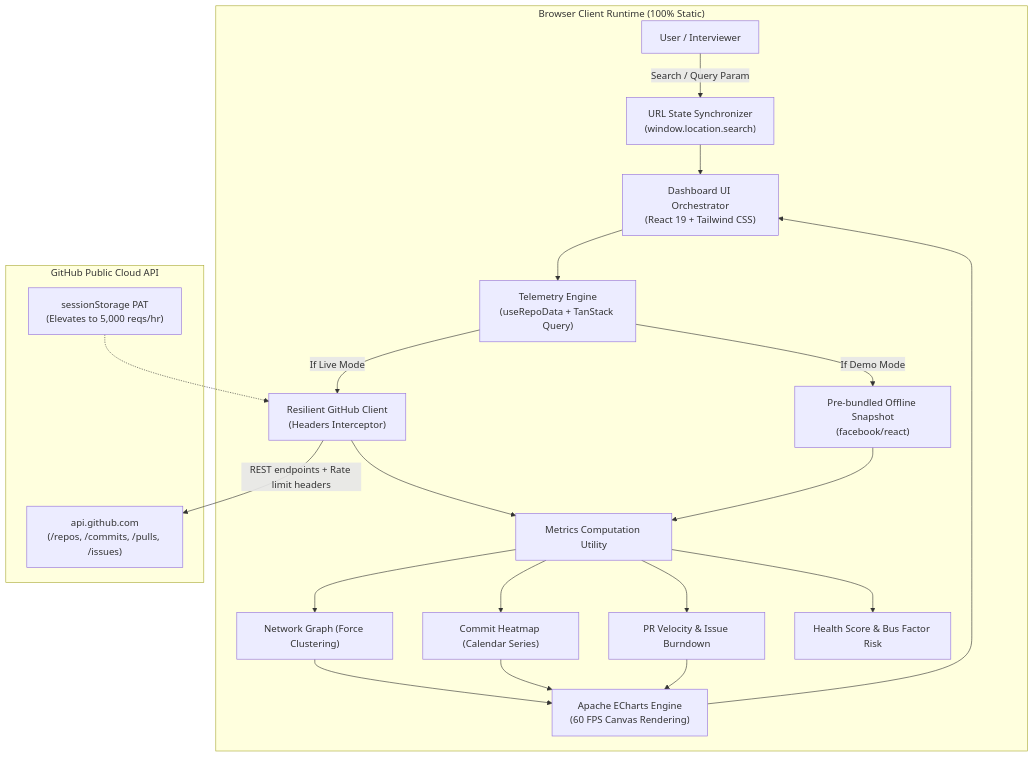
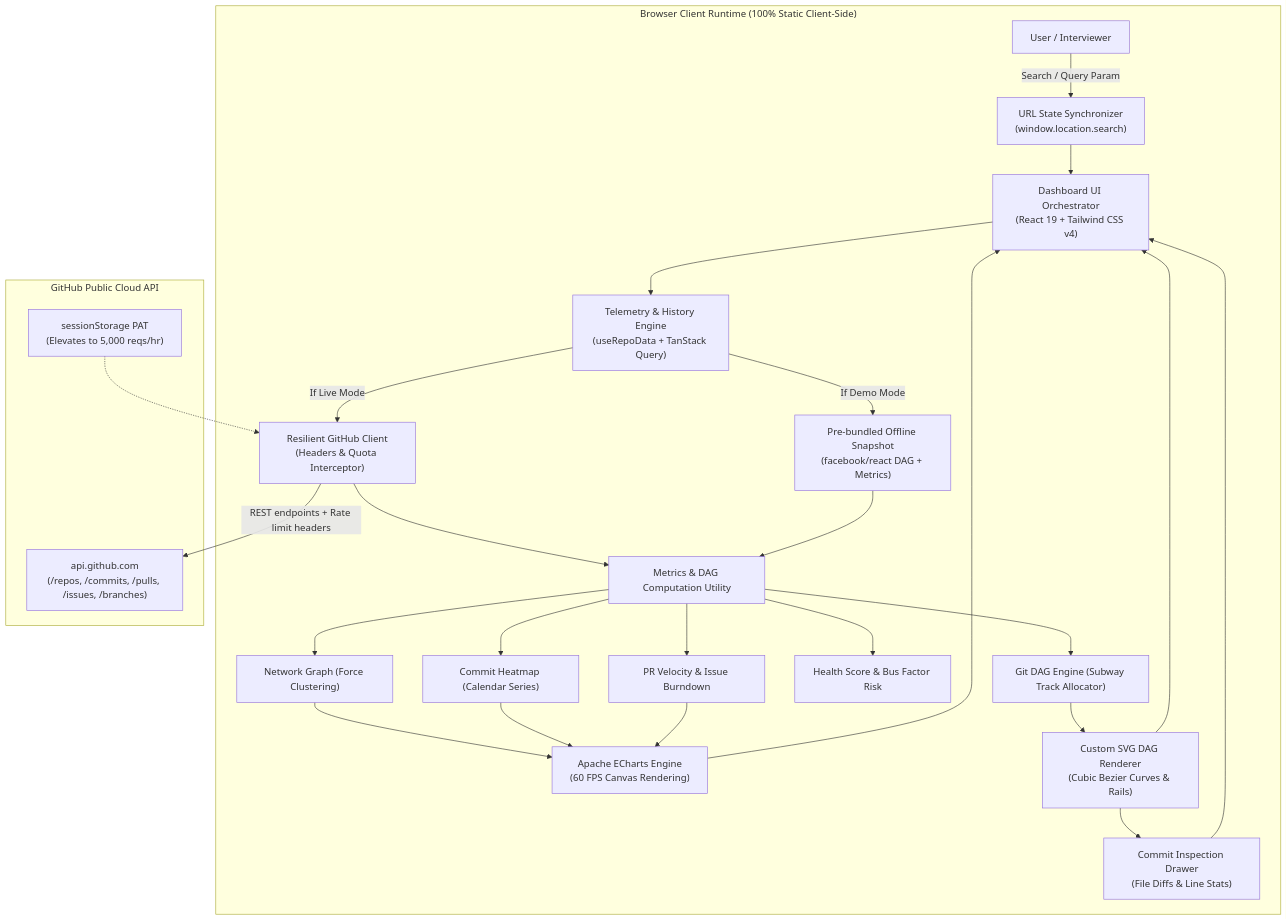
One commit to DonytXz/repo-pulse changed the diagram in README.md. Above: the diagram before and after it, drawn with Mermaid. The commit also changed other lines of this file and 1 other file, not shown here.

Commit message:
docs: expand project scope to include Git DAG commit graph and visual topology

````diff
--- a/README.md
+++ b/README.md
@@ -32,31 +34,37 @@
 ```mermaid
 flowchart TD
-    subgraph Browser["Browser Client Runtime (100% Static)"]
+    subgraph Browser["Browser Client Runtime (100% Static Client-Side)"]
         User["User / Interviewer"] -->|Search / Query Param| Router["URL State Synchronizer\n(window.location.search)"]
-        Router --> UI["Dashboard UI Orchestrator\n(React 19 + Tailwind CSS)"]
+        Router --> UI["Dashboard UI Orchestrator\n(React 19 + Tailwind CSS v4)"]
 
-        UI --> Hook["Telemetry Engine\n(useRepoData + TanStack Query)"]
+        UI --> Hook["Telemetry & History Engine\n(useRepoData + TanStack Query)"]
 
-        Hook -->|If Demo Mode| Fixture["Pre-bundled Offline Snapshot\n(facebook/react)"]
-        Hook -->|If Live Mode| Client["Resilient GitHub Client\n(Headers Interceptor)"]
+        Hook -->|If Demo Mode| Fixture["Pre-bundled Offline Snapshot\n(facebook/react DAG + Metrics)"]
+        Hook -->|If Live Mode| Client["Resilient GitHub Client\n(Headers & Quota Interceptor)"]
 
-        Client --> Metrics["Metrics Computation Utility"]
+        Client --> Metrics["Metrics & DAG Computation Utility"]
         Fixture --> Metrics
 
         Metrics --> Graph["Network Graph (Force Clustering)"]
         Metrics --> Heatmap["Commit Heatmap (Calendar Series)"]
         Metrics --> Velocity["PR Velocity & Issue Burndown"]
         Metrics --> Health["Health Score & Bus Factor Risk"]
+        Metrics --> DAG["Git DAG Engine (Subway Track Allocator)"]
 
         Graph --> Charts["Apache ECharts Engine\n(60 FPS Canvas Rendering)"]
         Heatmap --> Charts
         Velocity --> Charts
 
+        DAG --> SVGGraph["Custom SVG DAG Renderer\n(Cubic Bezier Curves & Rails)"]
+        SVGGraph --> Drawer["Commit Inspection Drawer\n(File Diffs & Line Stats)"]
+
         Charts --> UI
+        SVGGraph --> UI
+        Drawer --> UI
     end
 
     subgraph GitHubAPI["GitHub Public Cloud API"]
-        Client -->|REST endpoints + Rate limit headers| API["api.github.com\n(/repos, /commits, /pulls, /issues)"]
+        Client -->|REST endpoints + Rate limit headers| API["api.github.com\n(/repos, /commits, /pulls, /issues, /branches)"]
         PAT["sessionStorage PAT\n(Elevates to 5,000 reqs/hr)"] -.-> Client
     end
 ```
````
